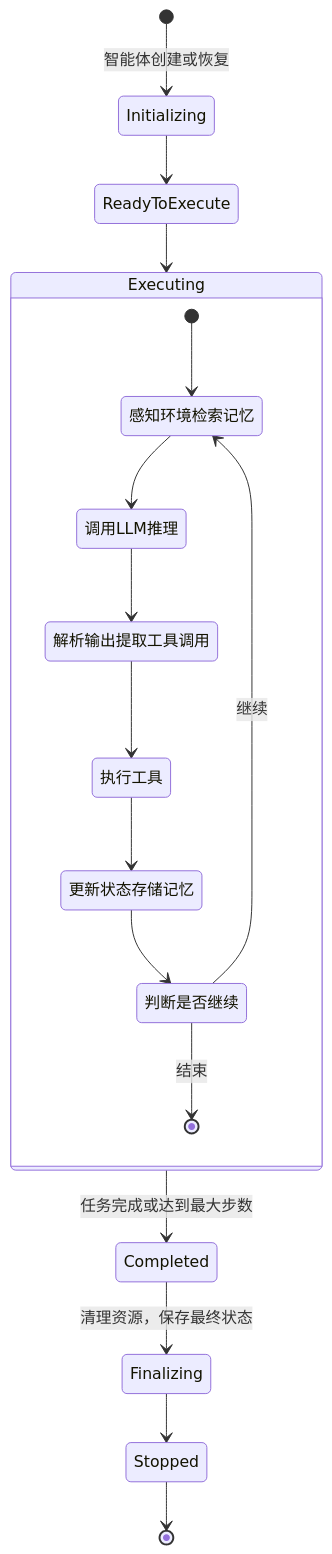
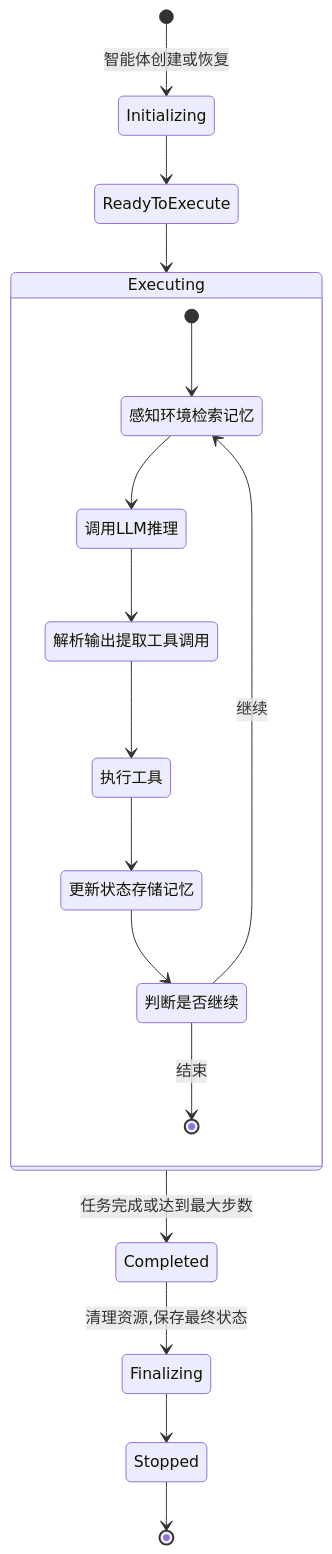
The first of 2 diagrams in 02_architecture/2.2_core_layers.md (yeasy/harness_engineering_guide), drawn with Mermaid before and after one commit. The commit also changed other lines of this file and 94 other files, not shown here.

````diff
--- a/02_architecture/2.2_core_layers.md
+++ b/02_architecture/2.2_core_layers.md
@@ -13,22 +13,22 @@
 ```mermaid
 stateDiagram-v2
     [*] --> Initializing : 智能体创建或恢复
     Initializing --> ReadyToExecute
     ReadyToExecute --> Executing
 
     state Executing {
         [*] --> 感知环境检索记忆
         感知环境检索记忆 --> 调用LLM推理
         调用LLM推理 --> 解析输出提取工具调用
         解析输出提取工具调用 --> 执行工具
         执行工具 --> 更新状态存储记忆
         更新状态存储记忆 --> 判断是否继续
         判断是否继续 --> 感知环境检索记忆 : 继续
         判断是否继续 --> [*] : 结束
     }
 
     Executing --> Completed : 任务完成或达到最大步数
-    Completed --> Finalizing : 清理资源，保存最终状态
+    Completed --> Finalizing : 清理资源,保存最终状态
     Finalizing --> Stopped
     Stopped --> [*]
 ```
````
